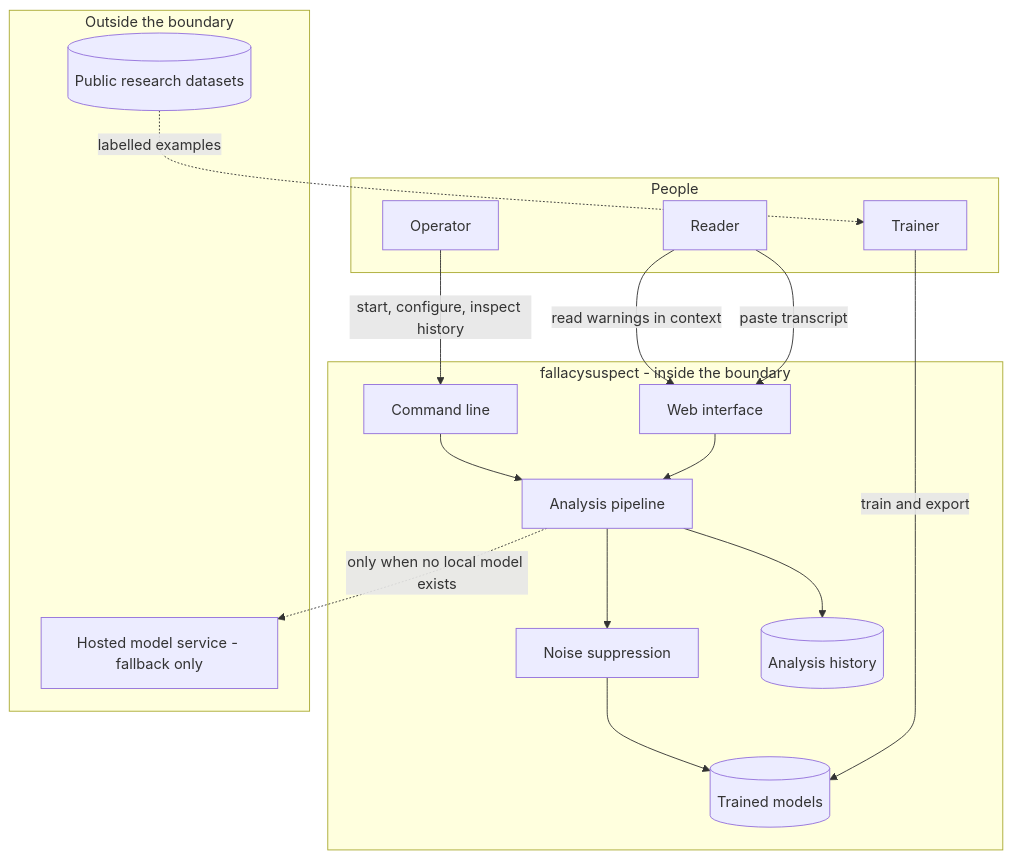
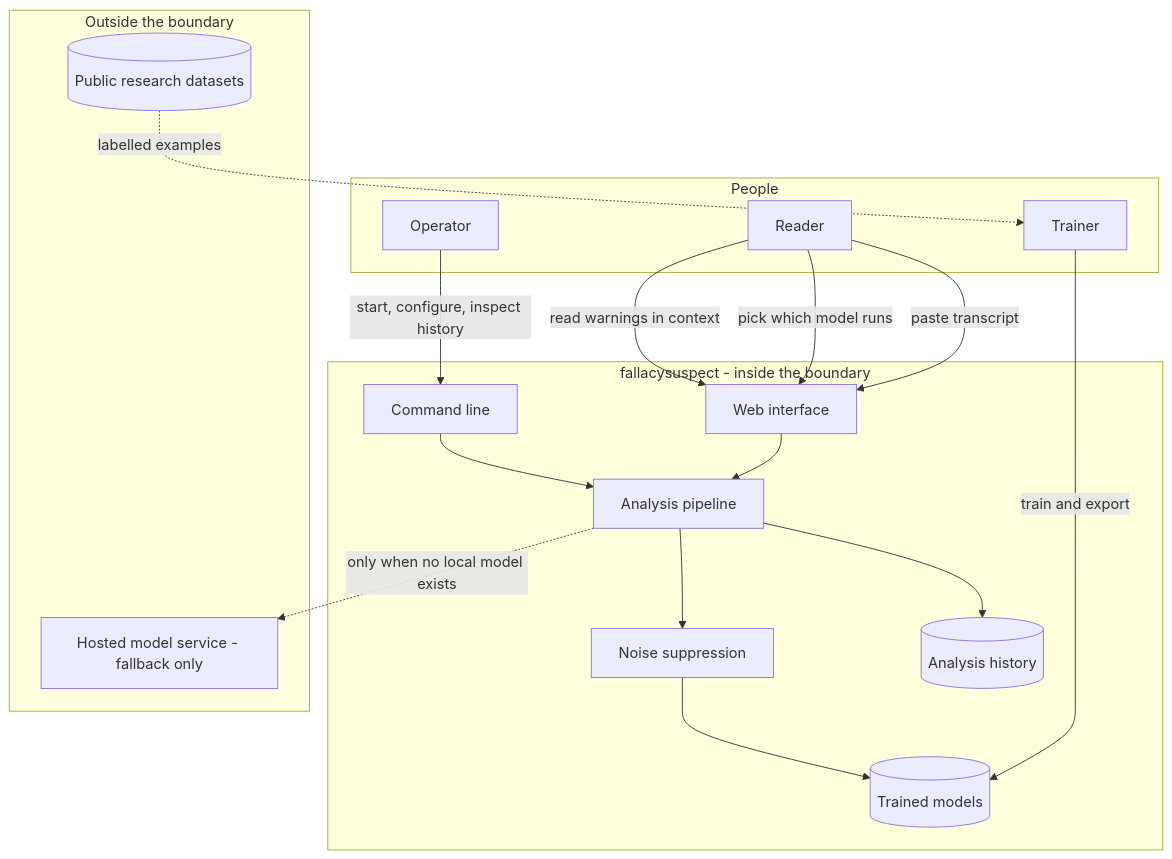
One commit to MoAbboud/PortFolio changed the diagram in fallacysuspect/requirements/02-interaction.md. Above: the diagram before and after it, drawn with Mermaid. The commit also changed other lines of this file and 6 other files, not shown here.

````diff
--- a/fallacysuspect/requirements/02-interaction.md
+++ b/fallacysuspect/requirements/02-interaction.md
@@ -18,35 +18,36 @@
 ```mermaid
 flowchart TB
     subgraph people[People]
         R[Reader]
         O[Operator]
         T[Trainer]
     end
 
     subgraph sys[fallacysuspect - inside the boundary]
         UI[Web interface]
         CLI[Command line]
         AN[Analysis pipeline]
         GATE[Noise suppression]
         HIST[(Analysis history)]
         MOD[(Trained models)]
     end
 
     subgraph out[Outside the boundary]
         API[Hosted model service - fallback only]
         DATA[(Public research datasets)]
     end
 
     R -->|paste transcript| UI
+    R -->|pick which model runs| UI
     R -->|read warnings in context| UI
     O -->|start, configure, inspect history| CLI
     T -->|train and export| MOD
     DATA -.->|labelled examples| T
 
     UI --> AN
     CLI --> AN
     AN --> GATE
     GATE --> MOD
     AN --> HIST
     AN -.->|only when no local model exists| API
 ```
````
